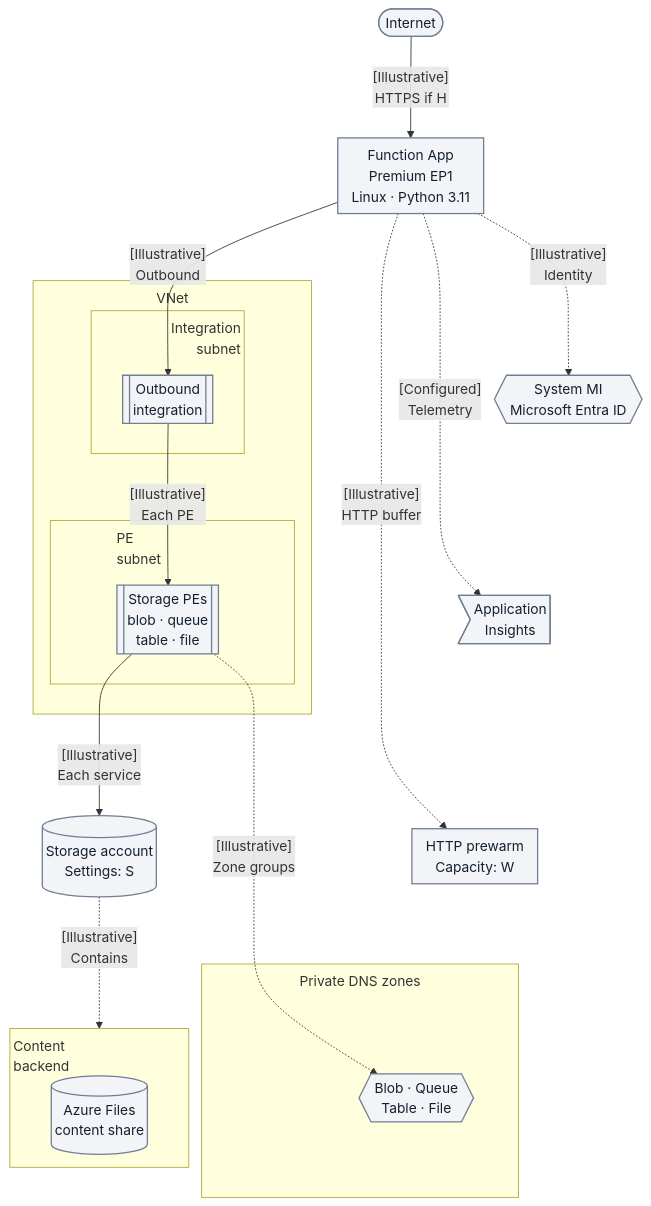
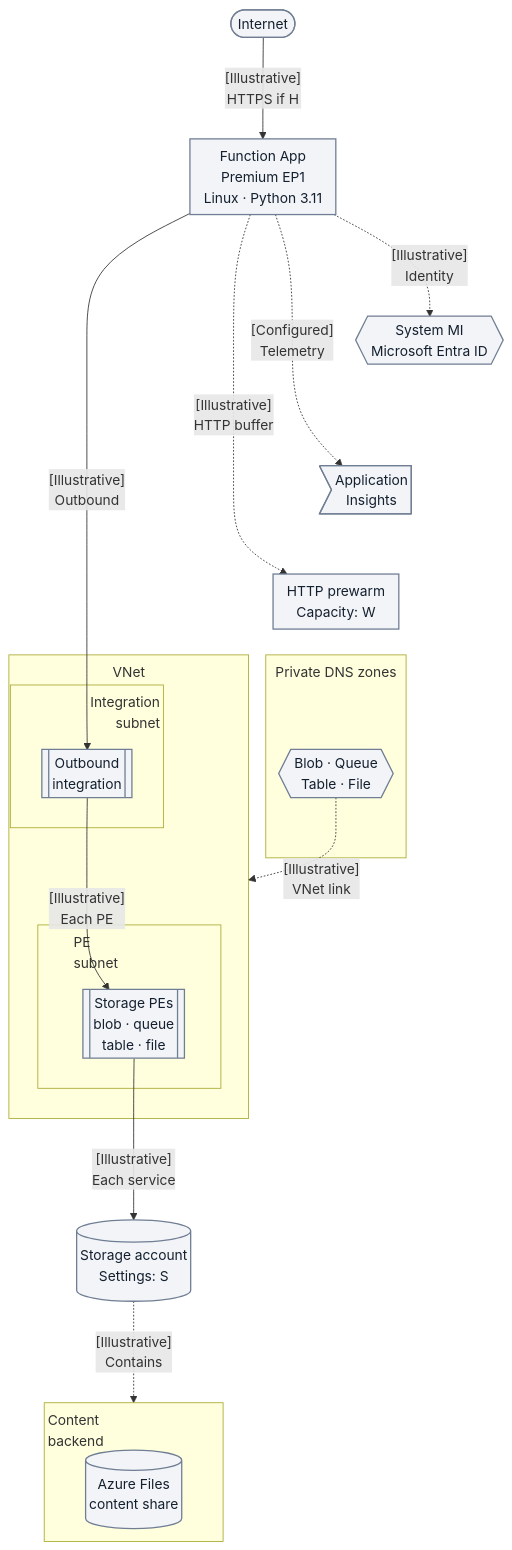
The first of 2 diagrams in docs/language-guides/python/tutorial/premium/06-ci-cd.md (yeongseon/azure-functions-practical-guide), drawn with Mermaid before and after one commit. The commit also changed other lines of this file, not shown here.

Commit message:
docs(diagrams): tier Python Premium network context
Link DNS context to the actual VNet boundary while preserving all four
endpoint-zone associations in the immediately adjacent expansion.

Refs #363

````diff
--- a/docs/language-guides/python/tutorial/premium/06-ci-cd.md
+++ b/docs/language-guides/python/tutorial/premium/06-ci-cd.md
@@ -73,42 +73,42 @@
 ```mermaid
 %%{init: {'flowchart': {'nodeSpacing': 10, 'rankSpacing': 70, 'padding': 8, 'subGraphTitleMargin': {'top': 8, 'bottom': 32}}}}%%
 flowchart TD
     accTitle: Python 3.11 Linux Premium EP1 Storage context
     accDescr: Premium network context with app compute outside outbound integration and four Storage endpoint and DNS mappings expanded in the key. Public HTTPS after a prerequisite site private endpoint requires publicNetworkAccess explicitly Enabled (H). Identity, telemetry and HTTP prewarm capacity are not data-transit hops. The Files share is this context's content backend, not a universal requirement.
     client(["Internet"])
     app_runtime["Function App<br/>Premium EP1<br/>Linux · Python 3.11"]
     identity{{"System MI<br/>Microsoft Entra ID"}}
     telemetry>"Application<br/>Insights"]
     warm_capacity["HTTP prewarm<br/>Capacity: W"]
     subgraph DNS["Private DNS zones"]
         dns_fn{{"Blob · Queue<br/>Table · File"}}
     end
     subgraph vnet_fn["VNet"]
         subgraph INT_SUB["<div style='width:170px;text-align:right'>Integration<br/>subnet</div>"]
             vnet_integration[["Outbound<br/>integration"]]
         end
         subgraph PE_SUB["<div style='width:130px;text-align:left'>PE<br/>subnet</div>"]
             pe_storage[["Storage PEs<br/>blob · queue<br/>table · file"]]
         end
     end
     storage_db[("Storage account<br/>Settings: S")]
     subgraph STORAGE["<div style='width:200px;text-align:left'>Content<br/>backend</div>"]
         SHARE[("Azure Files<br/>content share")]
     end
     client -->|"[Illustrative]<br/>HTTPS if H"| app_runtime
     app_runtime -.->|"[Illustrative]<br/>Identity"| identity
     app_runtime -.->|"[Configured]<br/>Telemetry"| telemetry
     app_runtime -.->|"[Illustrative]<br/>HTTP buffer"| warm_capacity
-    pe_storage -.->|"[Illustrative]<br/>Zone groups"| dns_fn
+    dns_fn -.->|"[Illustrative]<br/>VNet link"| vnet_fn
     app_runtime -->|"[Illustrative]<br/>Outbound"| vnet_integration
     vnet_integration -->|"[Illustrative]<br/>Each PE"| pe_storage
     pe_storage -->|"[Illustrative]<br/>Each service"| storage_db
     %% Membership stops at the content boundary, not through its title to SHARE.
     storage_db -.->|"[Illustrative]<br/>Contains"| STORAGE
     %% Layout-only tiers; add no requests, diagnostic steps or visible arrows.
     identity ~~~ telemetry
     telemetry ~~~ warm_capacity
     warm_capacity ~~~ dns_fn
     classDef baseNeutral fill:#f2f4f8,stroke:#707e93,stroke-width:1.5px,color:#14202e;
     class client,app_runtime,identity,telemetry,warm_capacity,dns_fn,vnet_integration,pe_storage,storage_db,SHARE baseNeutral;
 ```
````
